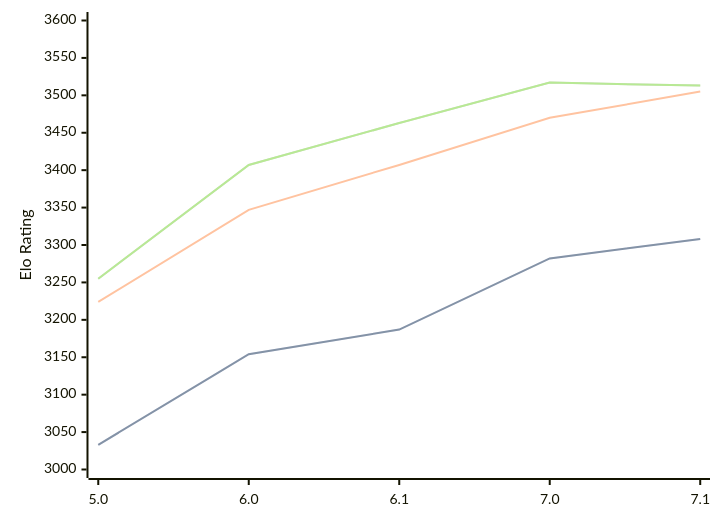
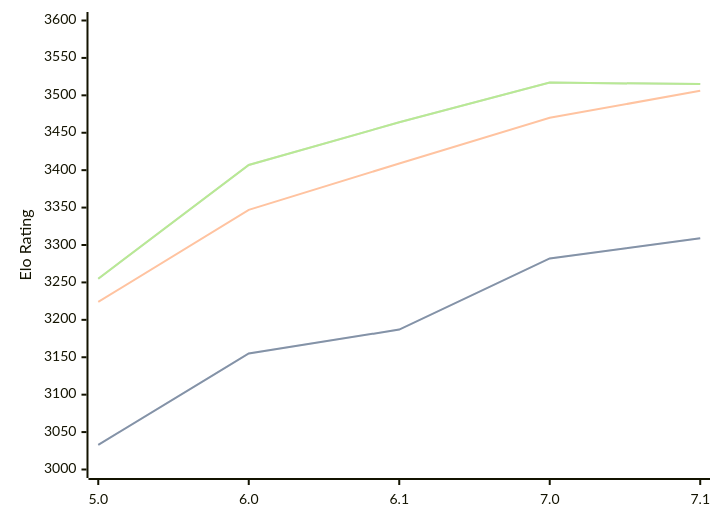
The diagram in engines/PZChessBot.md (computer-chess-index/cci), drawn with Mermaid before and after one commit. The commit also changed other lines of this file, not shown here.

Commit message:
Update CCI Ratings (ELO VLTC) - 2026-07-19

````diff
--- a/engines/PZChessBot.md
+++ b/engines/PZChessBot.md
@@ -44,11 +44,11 @@
 ```mermaid
 %%{init: {"theme":"base","themeVariables":{"seriesColors:['#a3a3a3','#222221','#faa371']}}}%%
 xychart-beta
   x-axis ["5.0", "6.0", "6.1", "7.0", "7.1"]
   y-axis "Elo Rating" 3000 --> 3600
-  line "STC (8.0+0.08s)" [3033, 3154, 3187, 3282, 3308]
-  line "STC (8.0+0.08s)" [3033, 3154, 3187, 3282, 3308]
-  line "LTC (60.0+0.60s)" [3224, 3347, 3407, 3470, 3505]
-  line "VLTC (2m24s+1.12s)" [3255, 3407, 3463, 3517, 3513]
-  line "VLTC (2m24s+1.12s)" [3255, 3407, 3463, 3517, 3513]
+  line "STC (8.0+0.08s)" [3033, 3155, 3187, 3282, 3309]
+  line "STC (8.0+0.08s)" [3033, 3155, 3187, 3282, 3309]
+  line "LTC (60.0+0.60s)" [3224, 3347, 3409, 3470, 3506]
+  line "VLTC (2m24s+1.12s)" [3255, 3407, 3464, 3517, 3515]
+  line "VLTC (2m24s+1.12s)" [3255, 3407, 3464, 3517, 3515]
 ```
````
